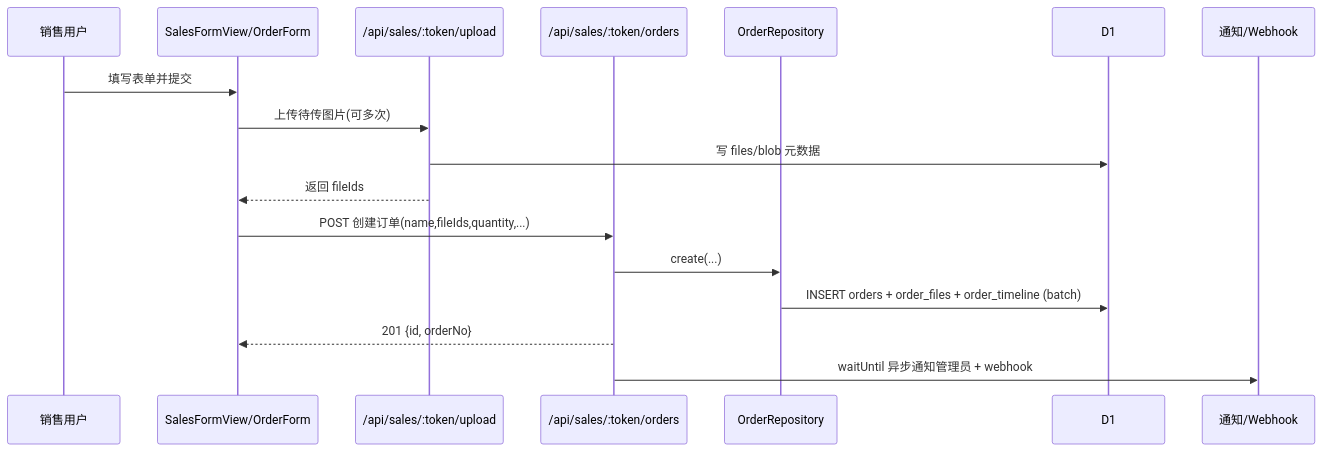
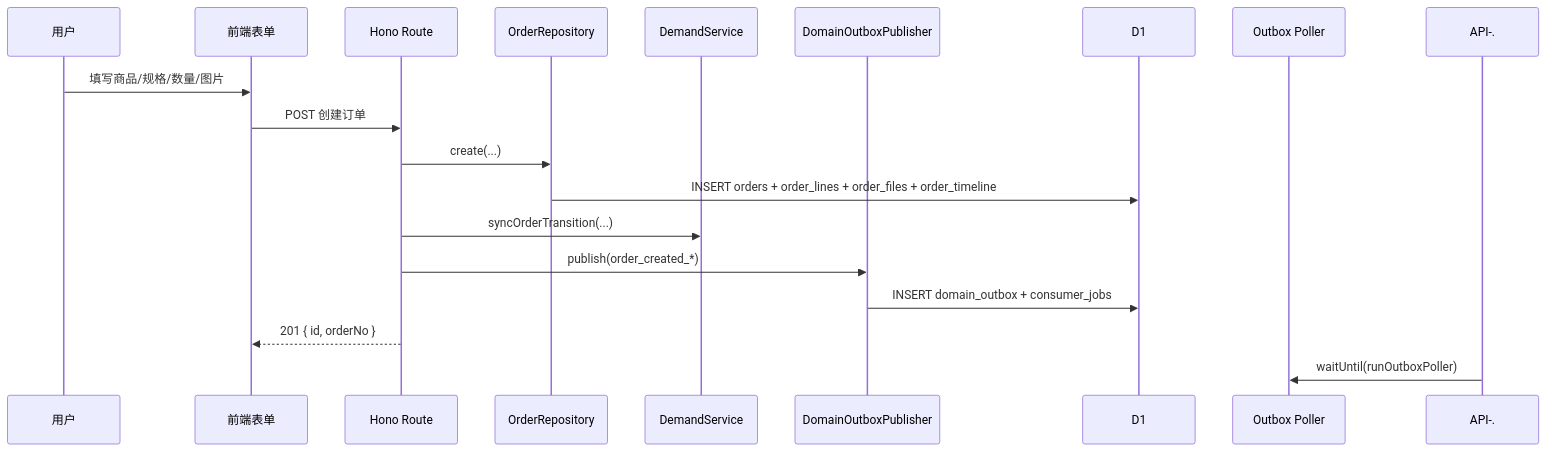
The first of 2 diagrams in docs/architecture/modules/preorder-creation-flow.md (lelouch0823/KK-Image), drawn with Mermaid before and after one commit. The commit also changed other lines of this file and 15 other files, not shown here.

Commit message:
docs: refresh order line and outbox architecture docs

````diff
--- a/docs/architecture/modules/preorder-creation-flow.md
+++ b/docs/architecture/modules/preorder-creation-flow.md
@@ -159,20 +208,21 @@
 ```mermaid
 sequenceDiagram
-  participant U as 销售用户
-  participant V as SalesFormView/OrderForm
-  participant F as /api/sales/:token/upload
-  participant O as /api/sales/:token/orders
-  participant R as OrderRepository
-  participant DB as D1
-  participant N as 通知/Webhook
+    participant U as 用户
+    participant V as 前端表单
+    participant API as Hono Route
+    participant R as OrderRepository
+    participant D as DemandService
+    participant O as DomainOutboxPublisher
+    participant DB as D1
+    participant P as Outbox Poller
 
-  U->>V: 填写表单并提交
-  V->>F: 上传待传图片(可多次)
-  F->>DB: 写 files/blob 元数据
-  F-->>V: 返回 fileIds
-  V->>O: POST 创建订单(name,fileIds,quantity,...)
-  O->>R: create(...)
-  R->>DB: INSERT orders + order_files + order_timeline (batch)
-  O-->>V: 201 {id, orderNo}
-  O->>N: waitUntil 异步通知管理员 + webhook
+    U->>V: 填写商品/规格/数量/图片
+    V->>API: POST 创建订单
+    API->>R: create(...)
+    R->>DB: INSERT orders + order_lines + order_files + order_timeline
+    API->>D: syncOrderTransition(...)
+    API->>O: publish(order_created_*)
+    O->>DB: INSERT domain_outbox + consumer_jobs
+    API-->>V: 201 { id, orderNo }
+    API-.->>P: waitUntil(runOutboxPoller)
 ```
````
